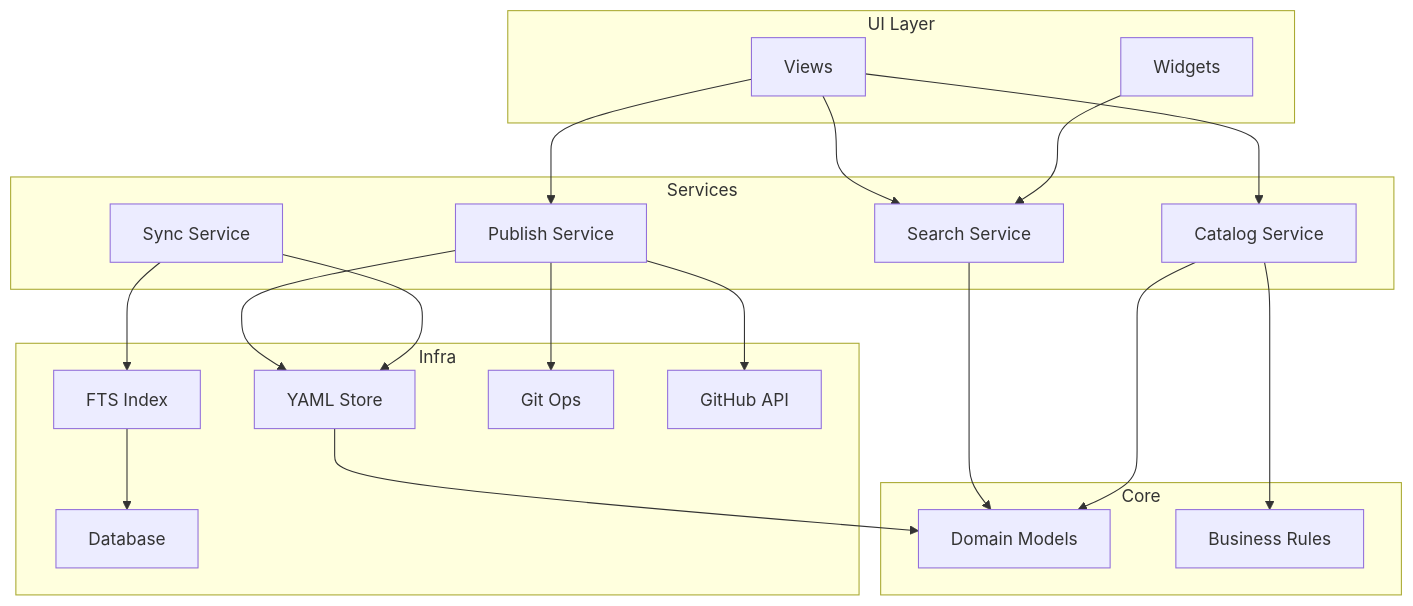
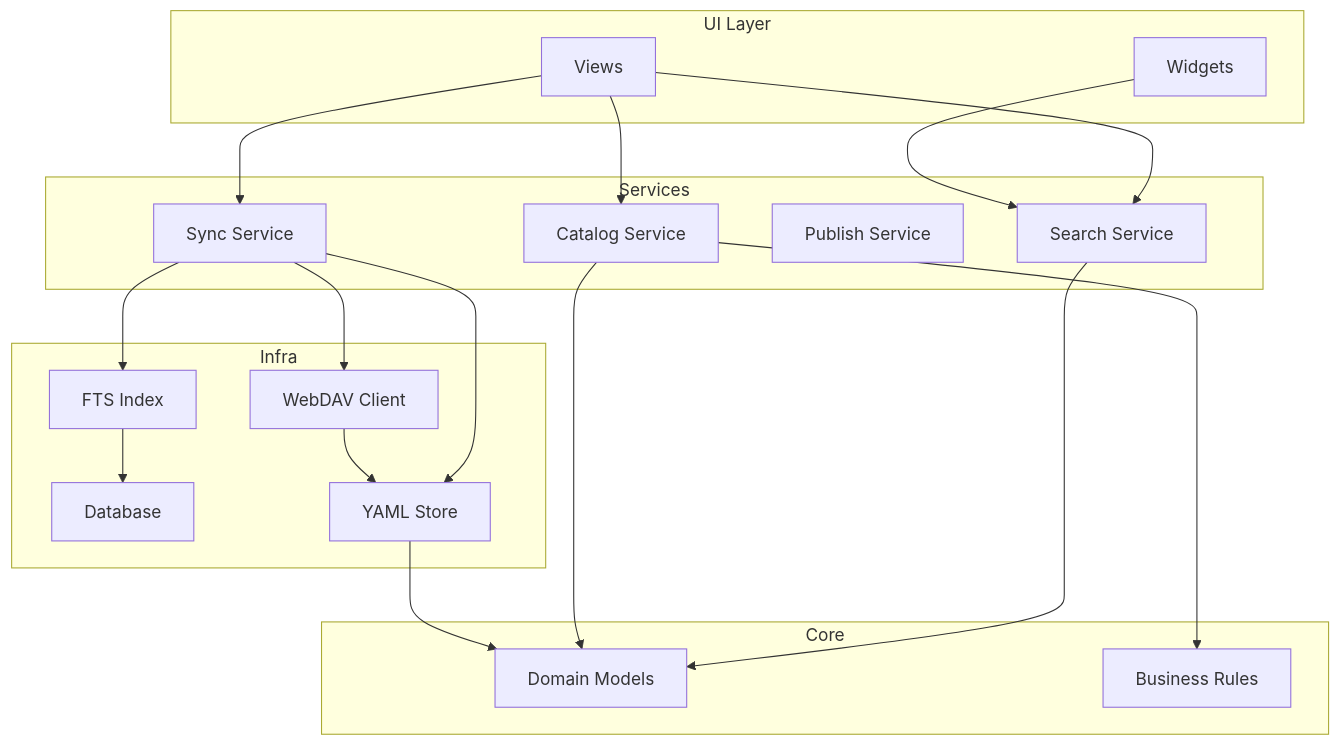
Before and after one commit to 0xpix/Hei-DataHub: the sixth of 6 diagrams in dev-docs/architecture/overview.md, drawn with Mermaid. The commit also changed other lines of this file, not shown here.

Commit message:
feat: Remove legacy Git operations and update architecture diagram to reflect WebDAV integration

````diff
--- a/dev-docs/architecture/overview.md
+++ b/dev-docs/architecture/overview.md
@@ -469,44 +467,42 @@
 ```mermaid
 graph TB
     subgraph UI Layer
         Views[Views]
         Widgets[Widgets]
     end
 
     subgraph Services
         Search[Search Service]
         Catalog[Catalog Service]
         Publish[Publish Service]
         Sync[Sync Service]
     end
 
     subgraph Core
         Models[Domain Models]
         Rules[Business Rules]
     end
 
     subgraph Infra
         DB[Database]
         Index[FTS Index]
         Store[YAML Store]
-        Git[Git Ops]
-        GitHub[GitHub API]
+        WebDAV[WebDAV Client]
     end
 
     Views --> Search
     Views --> Catalog
-    Views --> Publish
+    Views --> Sync
     Widgets --> Search
 
     Search --> Models
     Catalog --> Models
     Catalog --> Rules
-    Publish --> Store
-    Publish --> Git
-    Publish --> GitHub
     Sync --> Store
     Sync --> Index
+    Sync --> WebDAV
 
     Index --> DB
     Store --> Models
+    WebDAV --> Store
 ```
````
